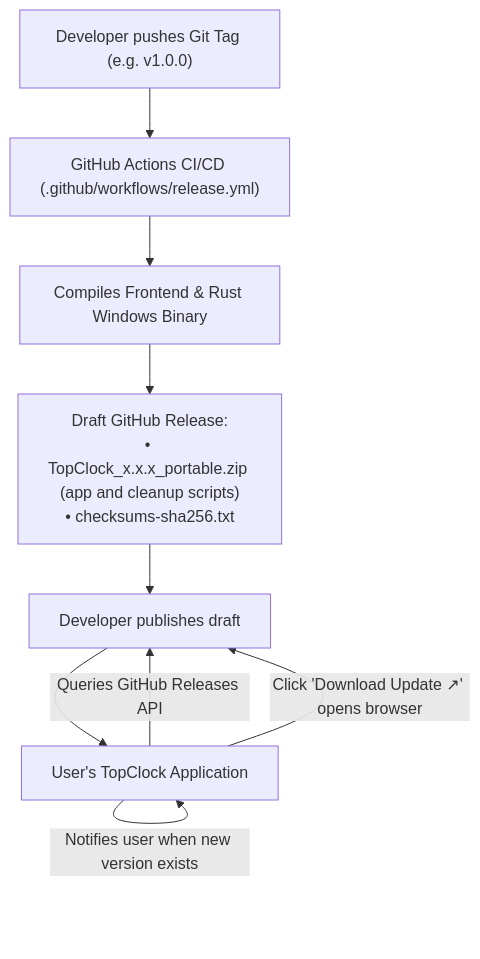
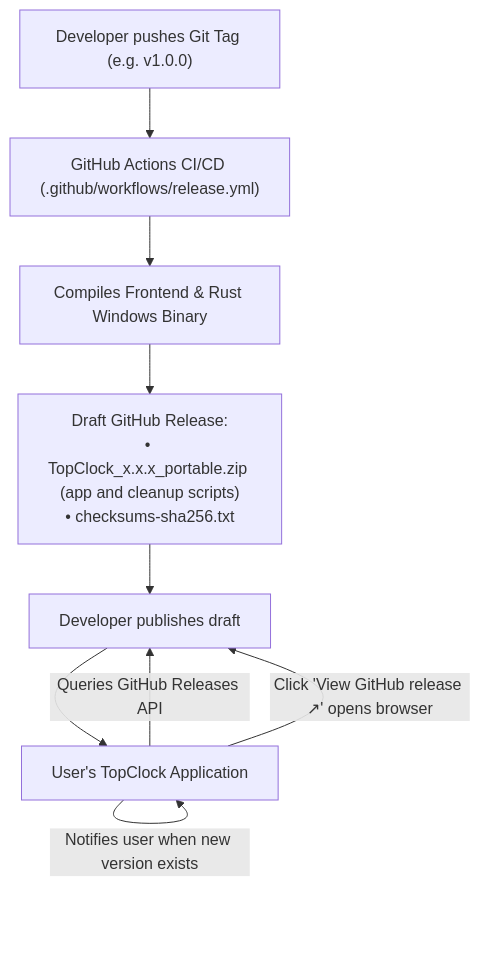
The first of 2 diagrams in doc/feature/UPDATE_SYSTEM.md (tbkmax/TopClock), drawn with Mermaid before and after one commit. The commit also changed other lines of this file and 8 other files, not shown here.

````diff
--- a/doc/feature/UPDATE_SYSTEM.md
+++ b/doc/feature/UPDATE_SYSTEM.md
@@ -13,11 +13,11 @@
 ```mermaid
 flowchart TD
     A["Developer pushes Git Tag (e.g. v1.0.0)"] --> B["GitHub Actions CI/CD (.github/workflows/release.yml)"]
     B --> C["Compiles Frontend & Rust Windows Binary"]
     C --> D["Draft GitHub Release:\n• TopClock_x.x.x_portable.zip (app and cleanup scripts)\n• checksums-sha256.txt"]
     D --> P["Developer publishes draft"]
     P --> E["User's TopClock Application"]
     E -->|Queries GitHub Releases API| P
     E -->|Notifies user when new version exists| E
-    E -->|Click 'Download Update ↗' opens browser| P
+    E -->|Click 'View GitHub release ↗' opens browser| P
 ```
````
